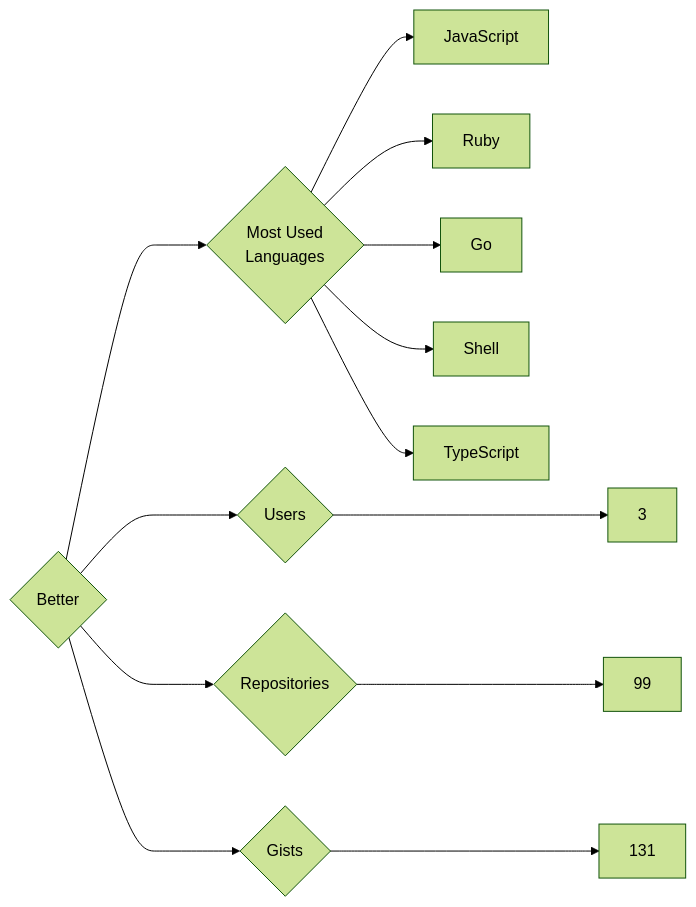
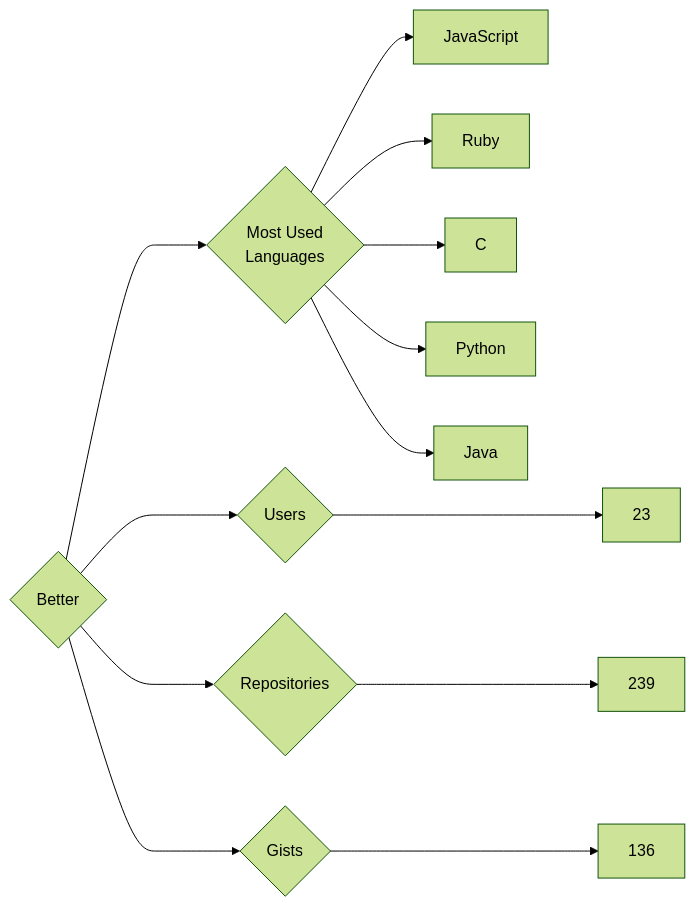
Before and after one commit to trickest/insiders: the diagram in targets/Better/README.md, drawn with Mermaid (forest theme). The commit also changed 748 other files, not shown here.

````diff
--- a/targets/Better/README.md
+++ b/targets/Better/README.md
@@ -3,13 +3,13 @@
 ```mermaid
 graph LR
 COMPANY_NAME{Better}
-COMPANY_NAME ---> U{Users} ---> UN[3]
-COMPANY_NAME ---> R{Repositories} ---> RN[99]
-COMPANY_NAME ---> G{Gists} ---> GN[131]
+COMPANY_NAME ---> U{Users} ---> UN[23]
+COMPANY_NAME ---> R{Repositories} ---> RN[239]
+COMPANY_NAME ---> G{Gists} ---> GN[136]
 COMPANY_NAME ---> ML{Most Used<br>Languages}
 ML --> JavaScript[JavaScript]
 ML --> Ruby[Ruby]
-ML --> Go[Go]
-ML --> Shell[Shell]
-ML --> TypeScript[TypeScript]
+ML --> C[C]
+ML --> Python[Python]
+ML --> Java[Java]
 ```
````
